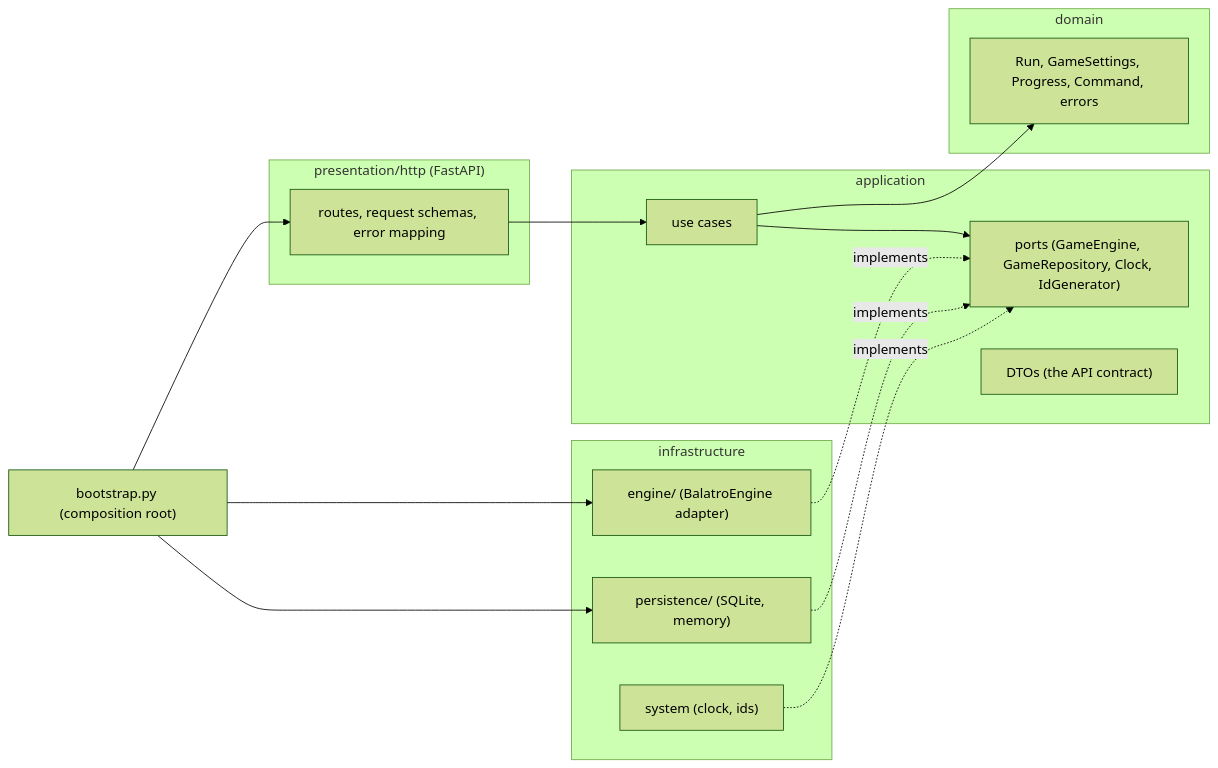
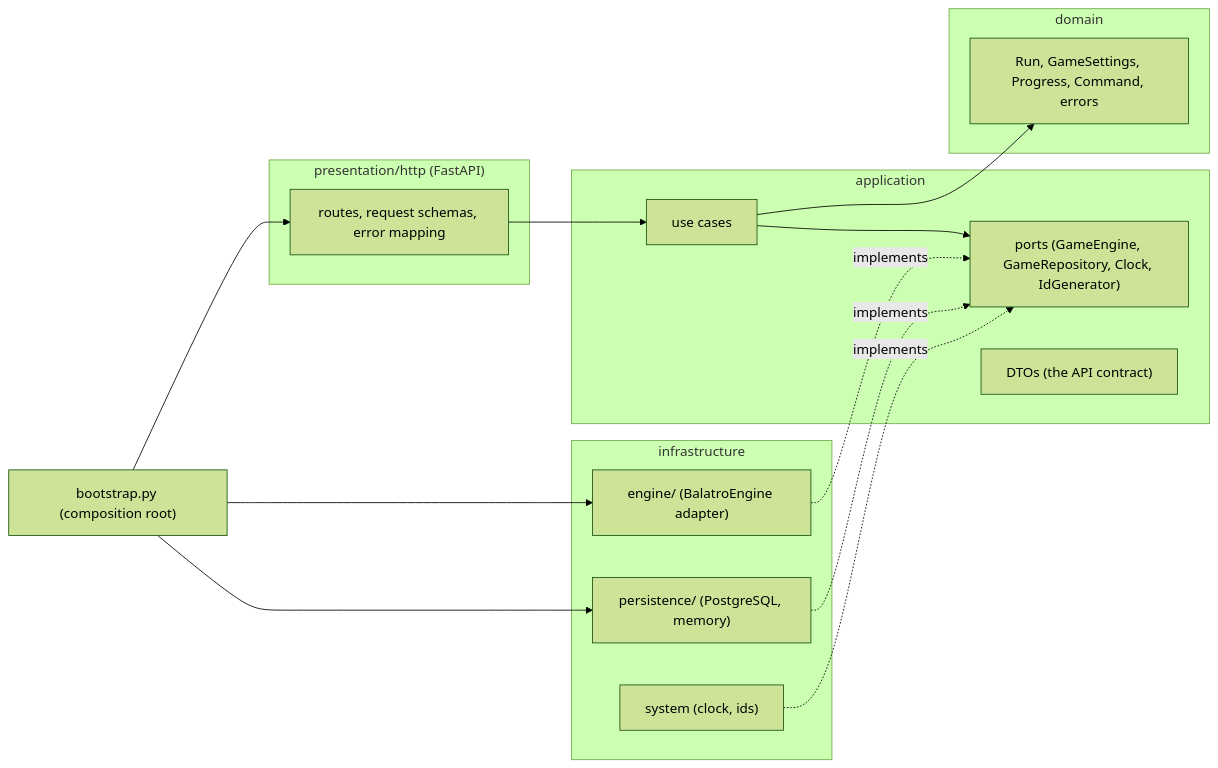
The first of 2 diagrams in docs/architecture.md (ArnoStar/BalatroWebAPI), drawn with Mermaid (forest theme) before and after one commit. The commit also changed other lines of this file and 38 other files, not shown here.

First line of the commit message:
Store runs in PostgreSQL; player statistics and leaderboards

````diff
--- a/docs/architecture.md
+++ b/docs/architecture.md
@@ -31,28 +31,28 @@
 ```mermaid
 flowchart LR
     subgraph presentation["presentation/http (FastAPI)"]
         routes["routes, request schemas, error mapping"]
     end
     subgraph infrastructure["infrastructure"]
         engine["engine/ (BalatroEngine adapter)"]
-        persistence["persistence/ (SQLite, memory)"]
+        persistence["persistence/ (PostgreSQL, memory)"]
         system["system (clock, ids)"]
     end
     subgraph application["application"]
         usecases["use cases"]
         ports["ports (GameEngine, GameRepository, Clock, IdGenerator)"]
         dto["DTOs (the API contract)"]
     end
     subgraph domain["domain"]
         run["Run, GameSettings, Progress, Command, errors"]
     end
     routes --> usecases
     usecases --> ports
     usecases --> run
     engine -. implements .-> ports
     persistence -. implements .-> ports
     system -. implements .-> ports
     bootstrap["bootstrap.py (composition root)"] --> routes
     bootstrap --> engine
     bootstrap --> persistence
 ```
````
